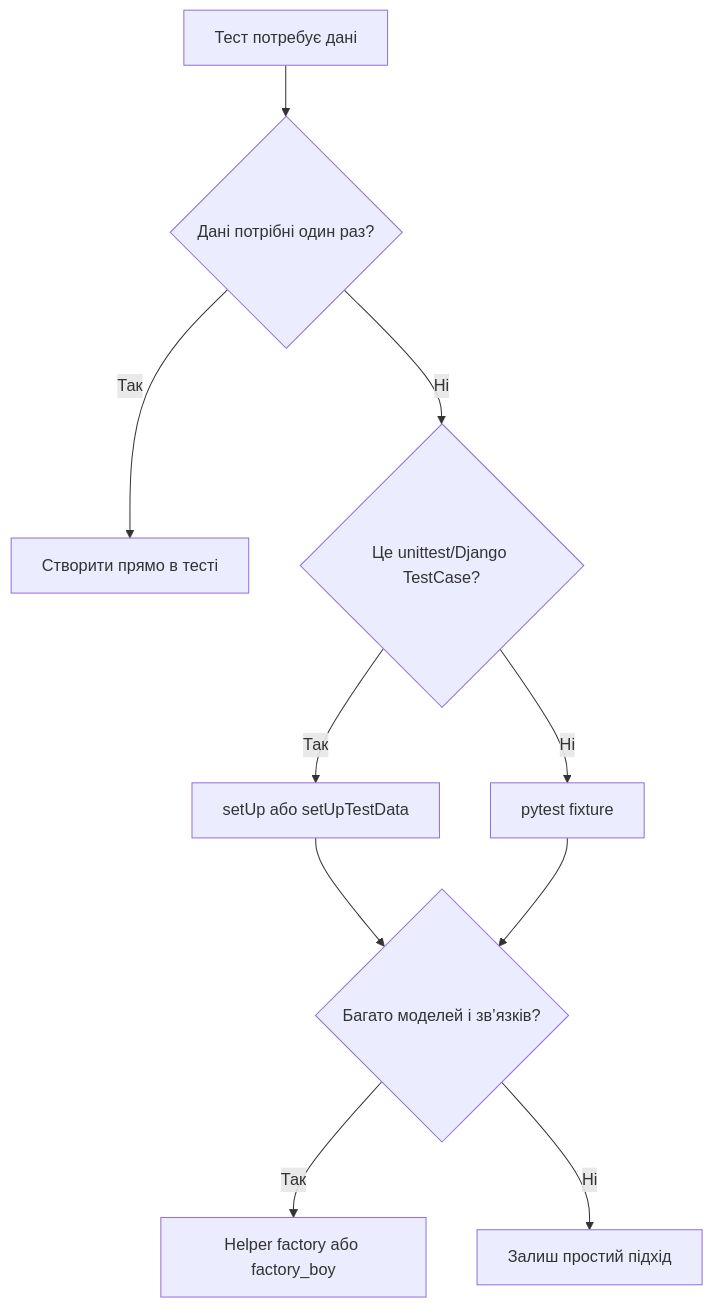
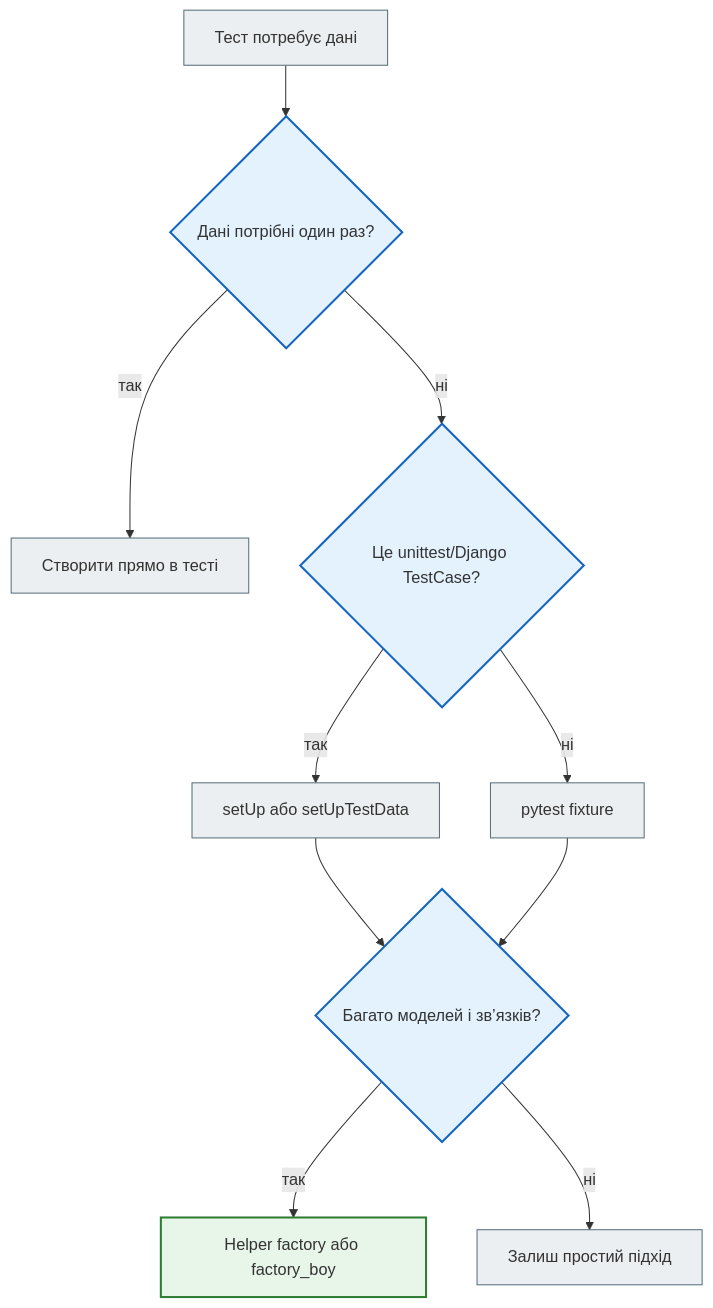
One commit to NikoriakViktot/notes_chat_app changed the diagram in docs/08_testing_and_quality/test_data_and_fixtures_full.md. Above: the diagram before and after it, drawn with Mermaid. The commit also changed 441 other files, not shown here.

First line of the commit message:
Add English version of the book, Mermaid standard, docs fixes

````diff
--- a/docs/08_testing_and_quality/test_data_and_fixtures_full.md
+++ b/docs/08_testing_and_quality/test_data_and_fixtures_full.md
@@ -257,12 +257,19 @@
 ```mermaid
 flowchart TD
     A["Тест потребує дані"] --> B{"Дані потрібні один раз?"}
-    B -->|Так| C["Створити прямо в тесті"]
-    B -->|Ні| D{"Це unittest/Django TestCase?"}
-    D -->|Так| E["setUp або setUpTestData"]
-    D -->|Ні| F["pytest fixture"]
+    B -->|так| C["Створити прямо в тесті"]
+    B -->|ні| D{"Це unittest/Django TestCase?"}
+    D -->|так| E["setUp або setUpTestData"]
+    D -->|ні| F["pytest fixture"]
     E --> G{"Багато моделей і зв’язків?"}
     F --> G
-    G -->|Так| H["Helper factory або factory_boy"]
-    G -->|Ні| I["Залиш простий підхід"]
+    G -->|так| H["Helper factory або factory_boy"]
+    G -->|ні| I["Залиш простий підхід"]
+
+    classDef step     fill:#eceff1,stroke:#546e7a,stroke-width:1px;
+    classDef decision fill:#e3f2fd,stroke:#1565c0,stroke-width:2px;
+    classDef success  fill:#e8f5e9,stroke:#2e7d32,stroke-width:2px;
+    class A,C,E,F,I step;
+    class B,D,G decision;
+    class H success;
 ```
````
